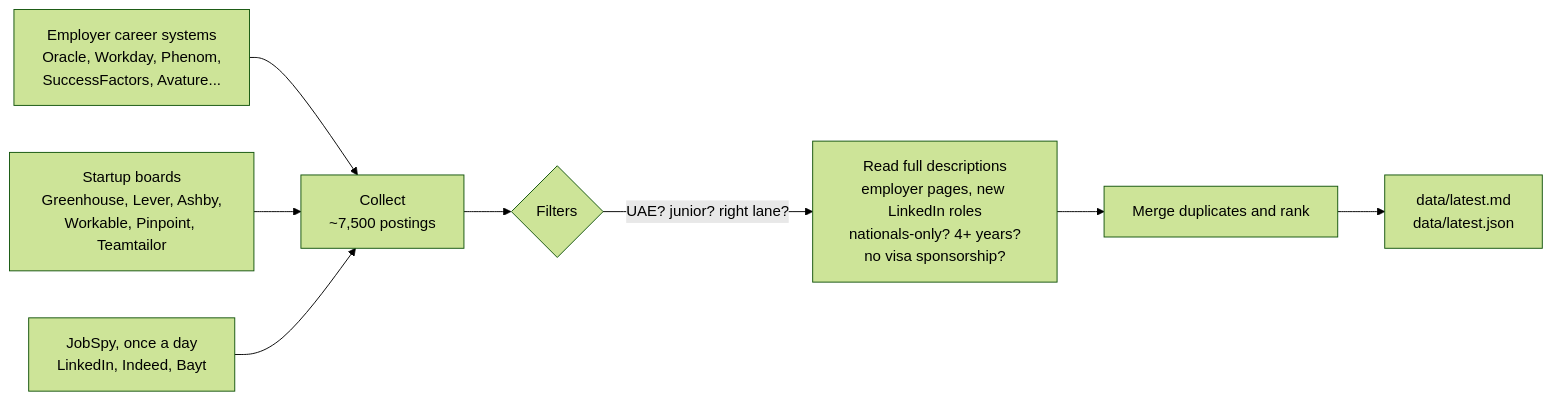
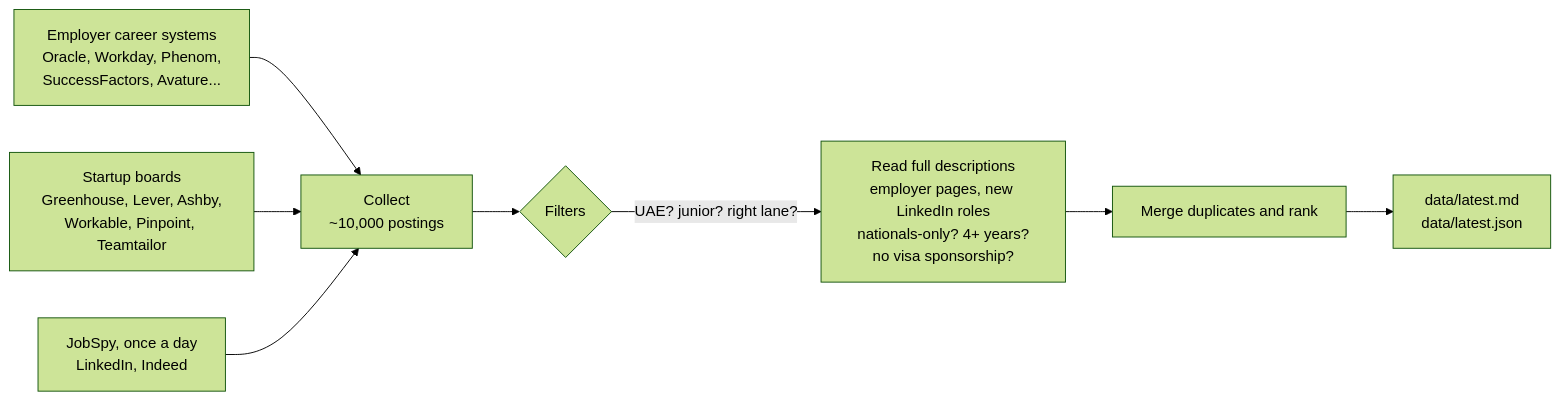
The diagram in README.md (Skapos-crypto/uae-job-engine), drawn with Mermaid (forest theme) before and after one commit. The commit also changed other lines of this file and 10 other files, not shown here.

````diff
--- a/README.md
+++ b/README.md
@@ -49,10 +50,10 @@
 ```mermaid
 flowchart LR
     A[Employer career systems<br/>Oracle, Workday, Phenom,<br/>SuccessFactors, Avature...] --> C
     B[Startup boards<br/>Greenhouse, Lever, Ashby,<br/>Workable, Pinpoint, Teamtailor] --> C
-    J[JobSpy, once a day<br/>LinkedIn, Indeed, Bayt] --> C
-    C[Collect<br/>~7,500 postings] --> F{Filters}
+    J[JobSpy, once a day<br/>LinkedIn, Indeed] --> C
+    C[Collect<br/>~10,000 postings] --> F{Filters}
     F -->|UAE? junior? right lane?| D[Read full descriptions<br/>employer pages, new LinkedIn roles<br/>nationals-only? 4+ years?<br/>no visa sponsorship?]
     D --> R[Merge duplicates and rank]
     R --> O[data/latest.md<br/>data/latest.json]
 ```
````
